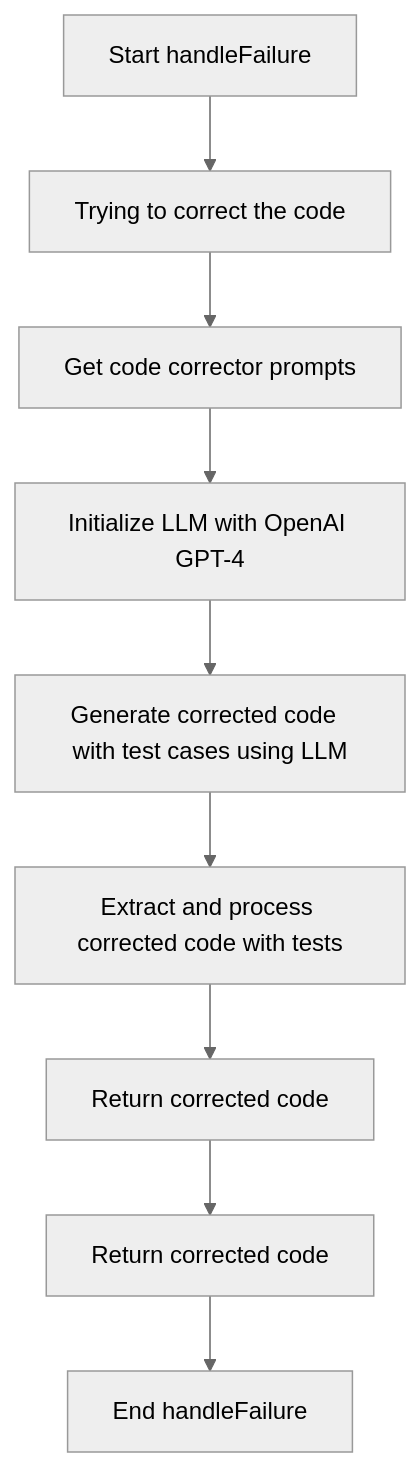
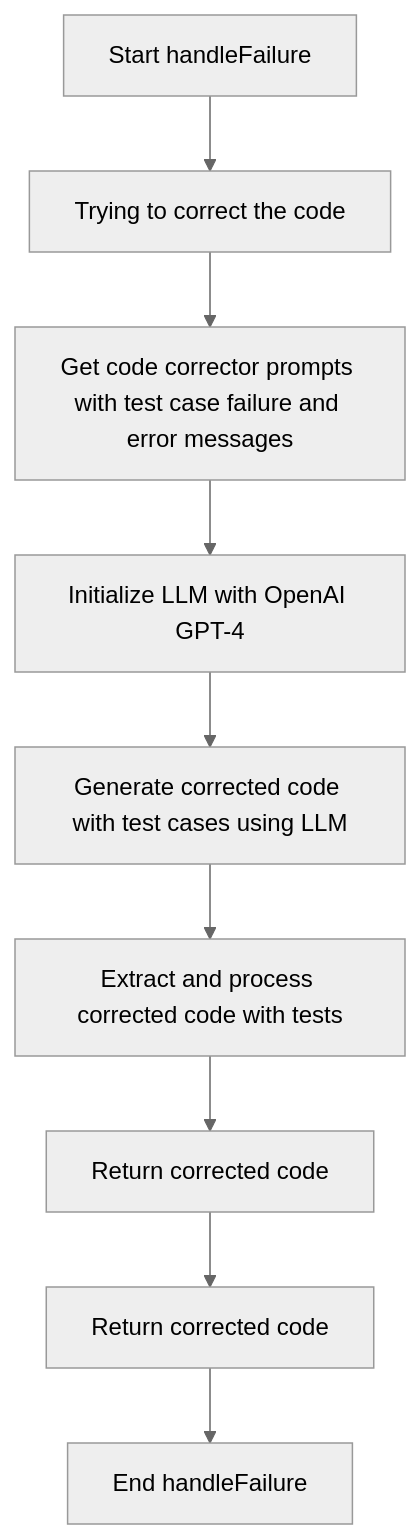
One commit to parthasarathydNU/LeetCodeSolver changed the second of 2 diagrams in README.md. Above: the diagram before and after it, drawn with Mermaid (neutral theme).

````diff
--- a/README.md
+++ b/README.md
@@ -34,11 +34,11 @@
 ```mermaid
 flowchart TD
     A[Start handleFailure] --> C[Trying to correct the code]
-    C --> D[Get code corrector prompts]
+    C --> D[Get code corrector prompts with test case failure and error messages]
     D --> E[Initialize LLM with OpenAI GPT-4]
-    E --> F[Generate corrected code  with test cases using LLM]
+    E --> F[Generate corrected code with test cases using LLM]
     F --> G[Extract and process corrected code with tests]
     G --> I[Return corrected code]
     I --> J[Return corrected code]
     J --> K[End handleFailure]
 ```
````
